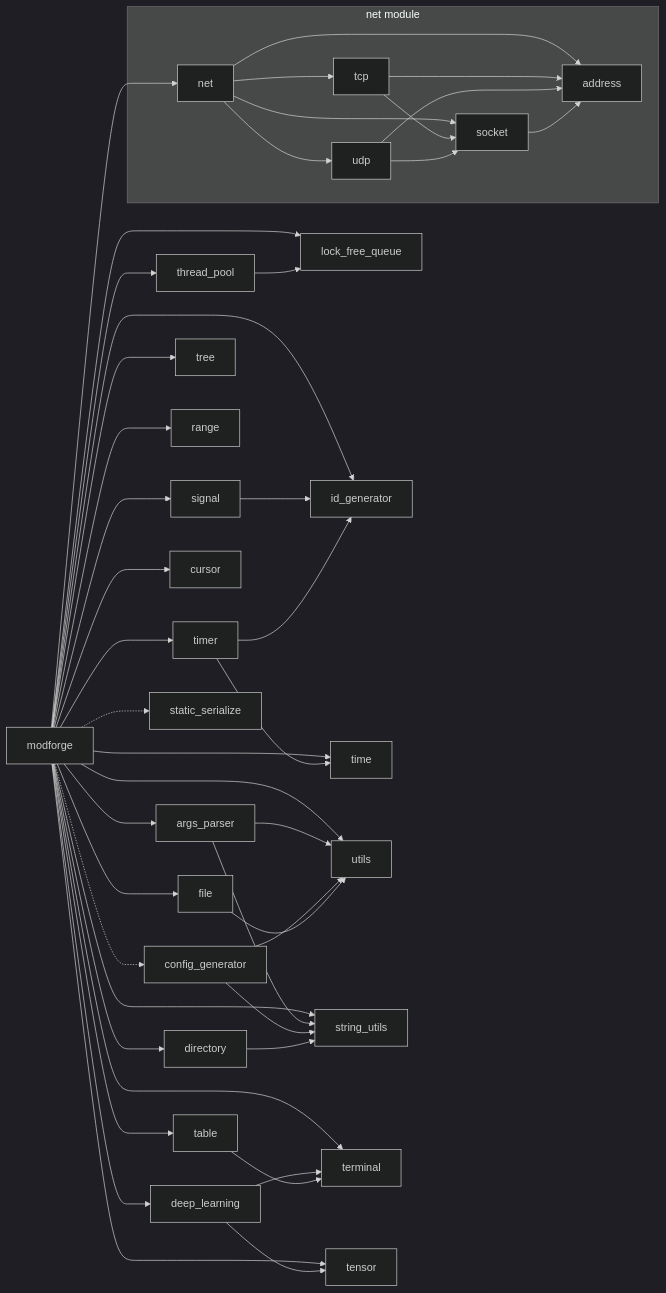
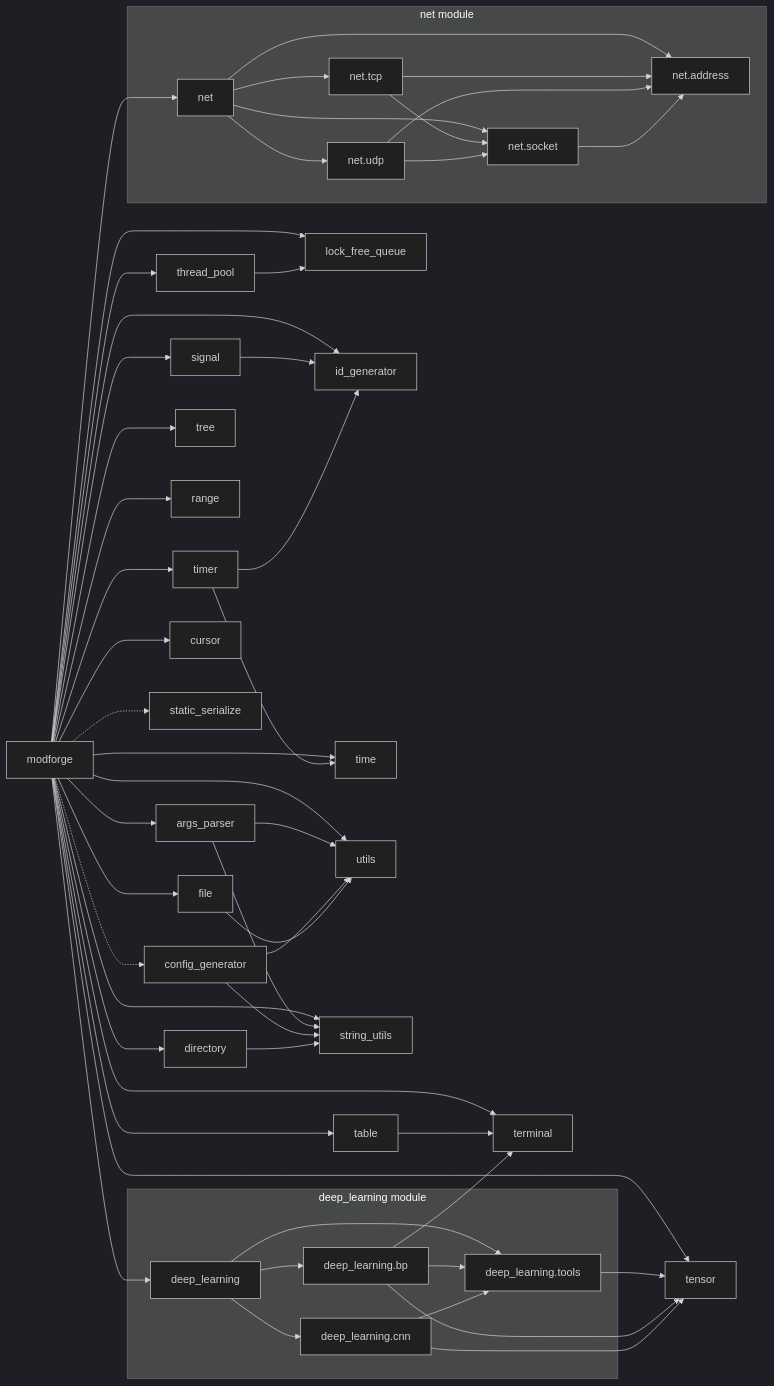
One commit to hexne/modforge changed the diagram in README.md. Above: the diagram before and after it, drawn with Mermaid (dark theme). The commit also changed other lines of this file and 10 other files, not shown here.

````diff
--- a/README.md
+++ b/README.md
@@ -68,51 +72,61 @@
 ```mermaid
 graph LR
     modforge --> args_parser
     modforge --> directory
     modforge --> file
     modforge --> lock_free_queue
     modforge --> id_generator
     modforge --> thread_pool
     modforge --> time
     modforge --> timer
     modforge --> tree
     modforge --> range
     modforge --> utils
     modforge --> string_utils
     modforge --> signal
     modforge --> terminal
     modforge --> cursor
     modforge --> table
     modforge -.-> static_serialize
     modforge -.-> config_generator
     modforge --> net
     modforge --> tensor
     modforge --> deep_learning
 
-    deep_learning --> tensor
-    deep_learning --> terminal
-
     args_parser --> string_utils
     args_parser --> utils
     config_generator --> string_utils
     config_generator --> utils
     directory --> string_utils
     file --> utils
     thread_pool --> lock_free_queue
     signal --> id_generator
     timer --> id_generator
     timer --> time
     table --> terminal
 
     subgraph "net module"
-        net --> tcp
-        net --> udp
-        net --> socket
-        net --> address
-        tcp --> socket
-        tcp --> address
-        udp --> socket
-        udp --> address
-        socket --> address
+        net --> net.tcp
+        net --> net.udp
+        net --> net.socket
+        net --> net.address
+        net.tcp --> net.socket
+        net.tcp --> net.address
+        net.udp --> net.socket
+        net.udp --> net.address
+        net.socket --> net.address
     end
+
+    subgraph "deep_learning module"
+        deep_learning --> deep_learning.tools
+        deep_learning --> deep_learning.bp
+        deep_learning --> deep_learning.cnn
+        deep_learning.bp --> deep_learning.tools
+        deep_learning.cnn --> deep_learning.tools
+    end
+
+    deep_learning.tools --> tensor
+    deep_learning.bp --> tensor
+    deep_learning.cnn --> tensor
+    deep_learning.bp --> terminal
 ```
````
